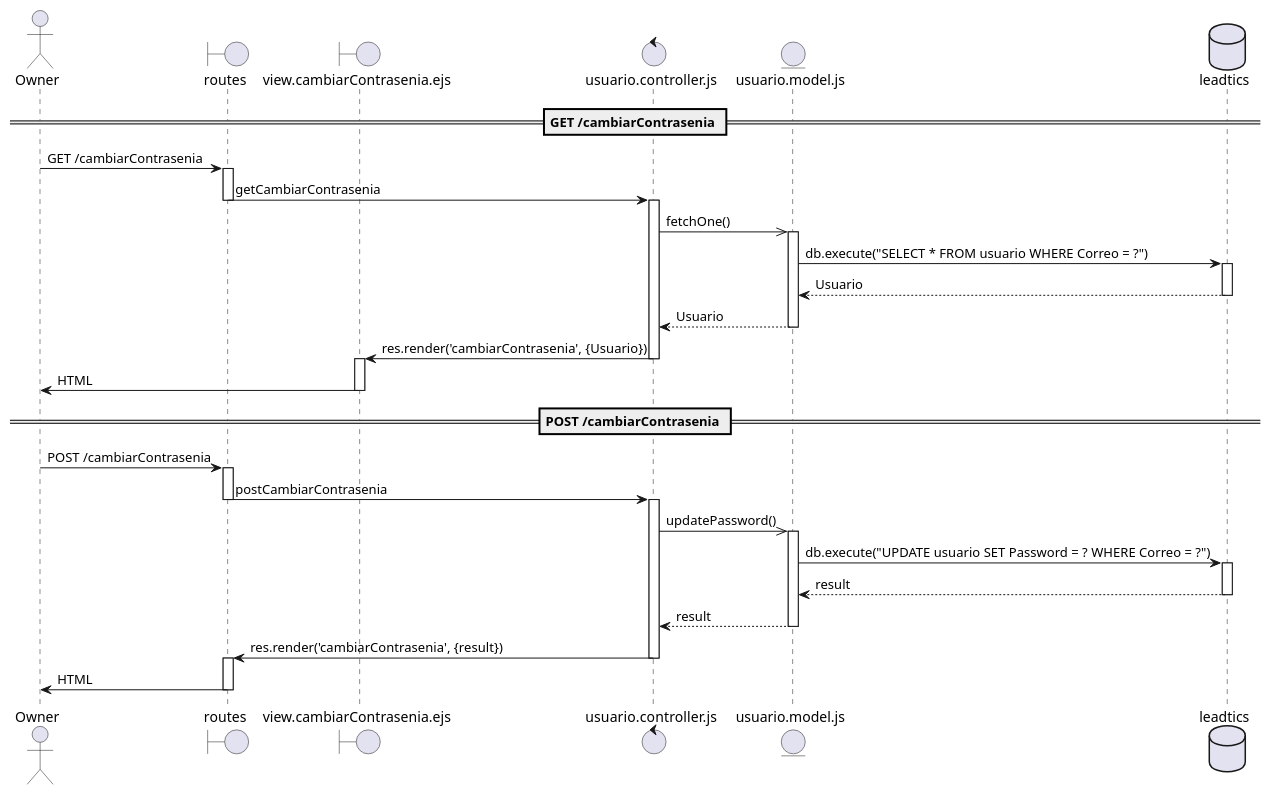
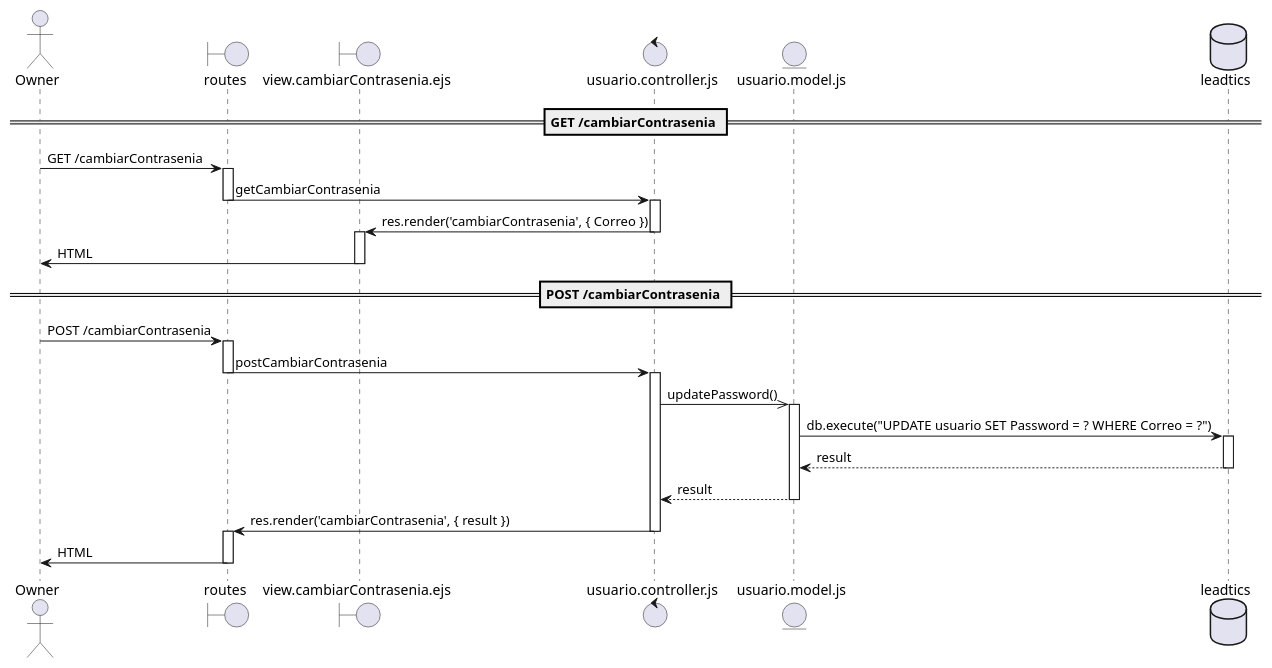
One commit to DiegoGarciaPadilla/TC2005B-Leadsales changed the diagram in docs/DiagramasSecuencia/CU17.wsd. Above: the diagram before and after it, drawn with PlantUML.

Commit message:
fix(CU17.wsd): fix sequence diagram

```diff
--- a/docs/DiagramasSecuencia/CU17.wsd
+++ b/docs/DiagramasSecuencia/CU17.wsd
@@ -1,66 +1,54 @@
 @startuml CU17
 
 actor Owner
 boundary routes
 boundary view.cambiarContrasenia.ejs
 control usuario.controller.js
 entity usuario.model.js
 database leadtics
 
 == GET /cambiarContrasenia ==
 
 Owner -> routes : GET /cambiarContrasenia
 activate routes
 
 routes -> usuario.controller.js : getCambiarContrasenia
 deactivate routes
 activate usuario.controller.js
 
-usuario.controller.js ->> usuario.model.js : fetchOne()
-activate usuario.model.js
-
-usuario.model.js -> leadtics : db.execute("SELECT * FROM usuario WHERE Correo = ?")
-activate leadtics
-
-leadtics --> usuario.model.js : Usuario
-deactivate leadtics
-
-usuario.model.js --> usuario.controller.js : Usuario
-deactivate usuario.model.js
-
-usuario.controller.js -> view.cambiarContrasenia.ejs : res.render('cambiarContrasenia', {Usuario})
+usuario.controller.js -> view.cambiarContrasenia.ejs : res.render('cambiarContrasenia', { Correo })
 deactivate usuario.controller.js
 activate view.cambiarContrasenia.ejs
 
 view.cambiarContrasenia.ejs -> Owner : HTML
 deactivate view.cambiarContrasenia.ejs
 
 == POST /cambiarContrasenia ==
 
 Owner -> routes : POST /cambiarContrasenia
 activate routes
 
 routes -> usuario.controller.js : postCambiarContrasenia
 deactivate routes
 activate usuario.controller.js
 
 usuario.controller.js ->> usuario.model.js : updatePassword()
 activate usuario.model.js
 
 usuario.model.js -> leadtics : db.execute("UPDATE usuario SET Password = ? WHERE Correo = ?")
 activate leadtics
 
 leadtics --> usuario.model.js : result
 deactivate leadtics
 
 usuario.model.js --> usuario.controller.js : result
 deactivate usuario.model.js
 
-usuario.controller.js -> routes : res.render('cambiarContrasenia', {result})
+usuario.controller.js -> routes : res.render('cambiarContrasenia', { result })
 deactivate usuario.controller.js
 activate routes
 
 routes -> Owner : HTML
 deactivate routes
 
 @enduml
```
